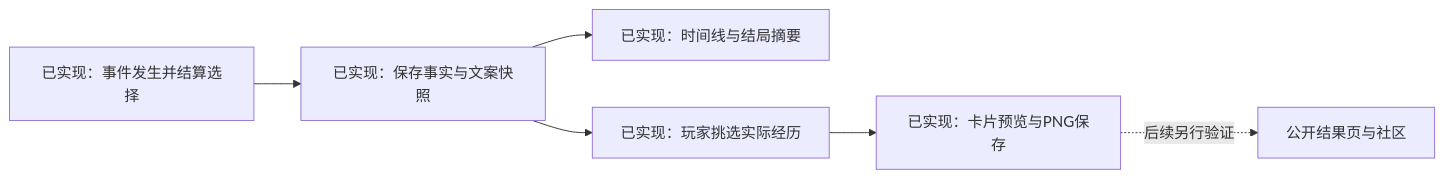
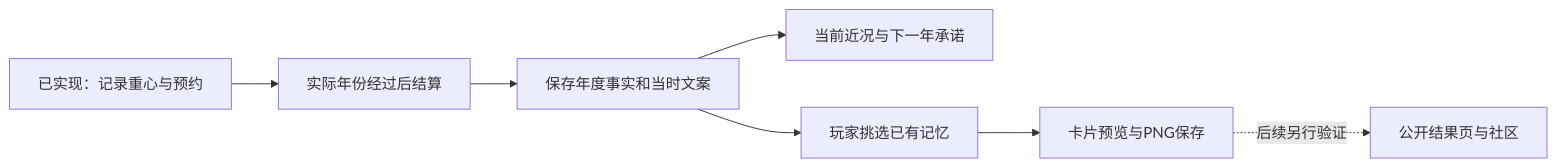
The diagram in docs/event-records.md (yuki-uix/life-sim-product-study), drawn with Mermaid before and after one commit. The commit also changed other lines of this file and 18 other files, not shown here.

````diff
--- a/docs/event-records.md
+++ b/docs/event-records.md
@@ -19,8 +19,9 @@
 ```mermaid
 flowchart LR
-    A[已实现：事件发生并结算选择] --> B[已实现：保存事实与文案快照]
-    B --> C[已实现：时间线与结局摘要]
-    B --> D[已实现：玩家挑选实际经历]
-    D --> E[已实现：卡片预览与PNG保存]
-    E -.后续另行验证.-> F[公开结果页与社区]
+    A[已实现：记录重心与预约] --> B[实际年份经过后结算]
+    B --> C[保存年度事实和当时文案]
+    C --> D[当前近况与下一年承诺]
+    C --> E[玩家挑选已有记忆]
+    E --> F[卡片预览与PNG保存]
+    F -.后续另行验证.-> G[公开结果页与社区]
 ```
````
